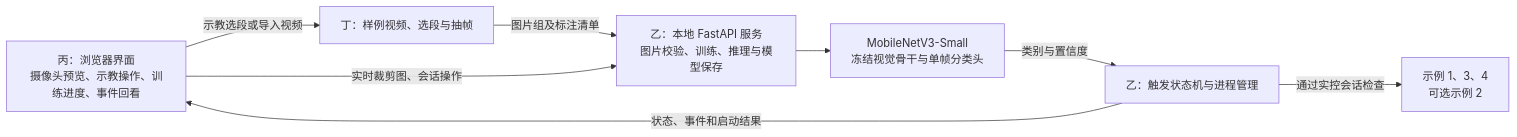
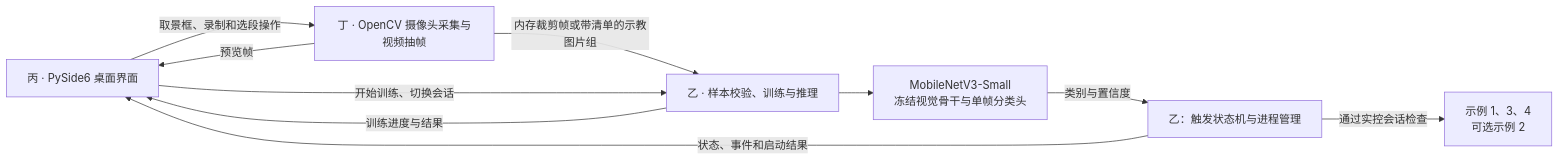
The diagram in README.md (1309281593/UCAEC-G33), drawn with Mermaid before and after one commit. The commit also changed other lines of this file, not shown here.

````diff
--- a/README.md
+++ b/README.md
@@ -33,16 +35,18 @@
 ```mermaid
 flowchart LR
-    A["丙：浏览器界面<br/>摄像头预览、示教操作、训练进度、事件回看"]
-    B["乙：本地 FastAPI 服务<br/>图片校验、训练、推理与模型保存"]
+    A["丙 · PySide6 桌面界面"]
+    B["乙 · 样本校验、训练与推理"]
     M["MobileNetV3-Small<br/>冻结视觉骨干与单帧分类头"]
     G["乙：触发状态机与进程管理"]
     W["示例 1、3、4<br/>可选示例 2"]
-    D["丁：样例视频、选段与抽帧"]
-    A -->|"示教选段或导入视频"| D
-    D -->|"图片组及标注清单"| B
-    A -->|"实时裁剪图、会话操作"| B
+    D["丁 · OpenCV 摄像头采集与视频抽帧"]
+    A -->|"取景框、录制和选段操作"| D
+    D -->|"预览帧"| A
+    D -->|"内存裁剪帧或带清单的示教图片组"| B
+    A -->|"开始训练、切换会话"| B
+    B -->|"训练进度与结果"| A
     B --> M
     M -->|"类别与置信度"| G
     G -->|"通过实控会话检查"| W
     G -->|"状态、事件和启动结果"| A
 ```
````
